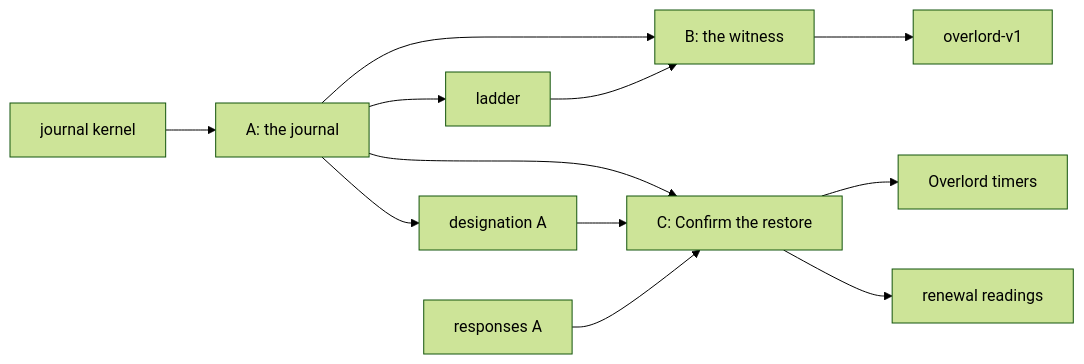
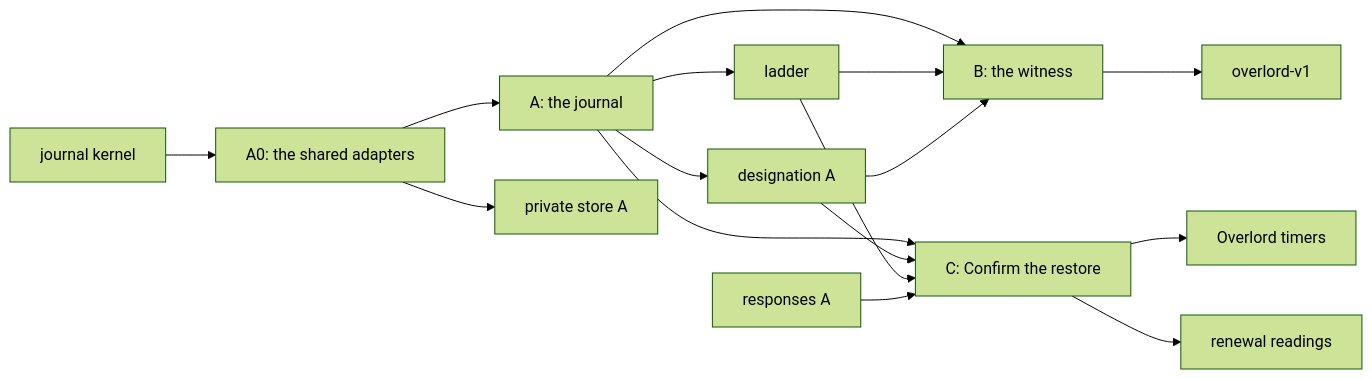
One commit to Synapsium-Labs/ccrc-pwa changed the second of 3 diagrams in docs/superpowers/plans/2026-11-14-overlord-w1/w1-authority-journal.md. Above: the diagram before and after it, drawn with Mermaid (forest theme). The commit also changed other lines of this file, not shown here.

First line of the commit message:
docs(plan): fix round 1 of the Overlord W1 authority journal plan

````diff
--- a/docs/superpowers/plans/2026-11-14-overlord-w1/w1-authority-journal.md
+++ b/docs/superpowers/plans/2026-11-14-overlord-w1/w1-authority-journal.md
@@ -422,14 +580,18 @@
 ```mermaid
 flowchart LR
-  JK["journal kernel"] --> A["A: the journal"]
+  JK["journal kernel"] --> A0["A0: the shared adapters"]
+  A0 --> A["A: the journal"]
+  A0 --> PSA["private store A"]
   A --> B["B: the witness"]
   LD["ladder"] --> B
+  DA["designation A"] --> B
   A --> C["C: Confirm the restore"]
-  DA["designation A"] --> C
+  DA --> C
+  LD --> C
   RA["responses A"] --> C
   A --> DA
   A --> LD
   B --> V1["overlord-v1"]
   C --> OT["Overlord timers"]
   C --> RR["renewal readings"]
 ```
````
